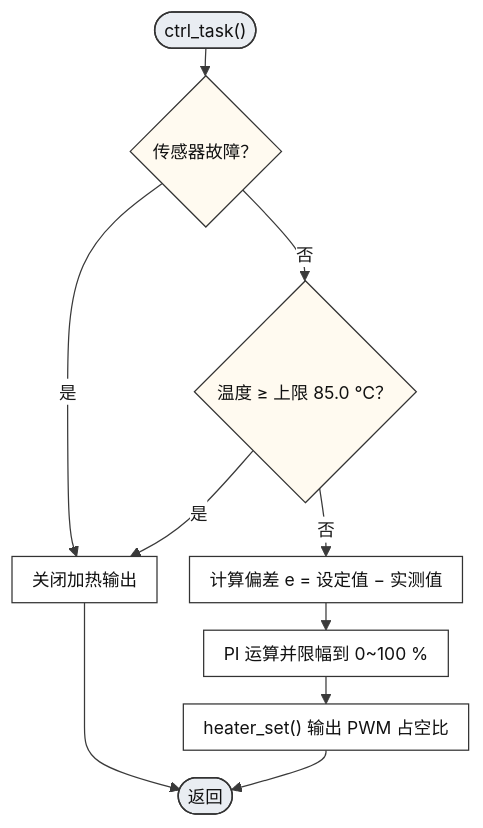
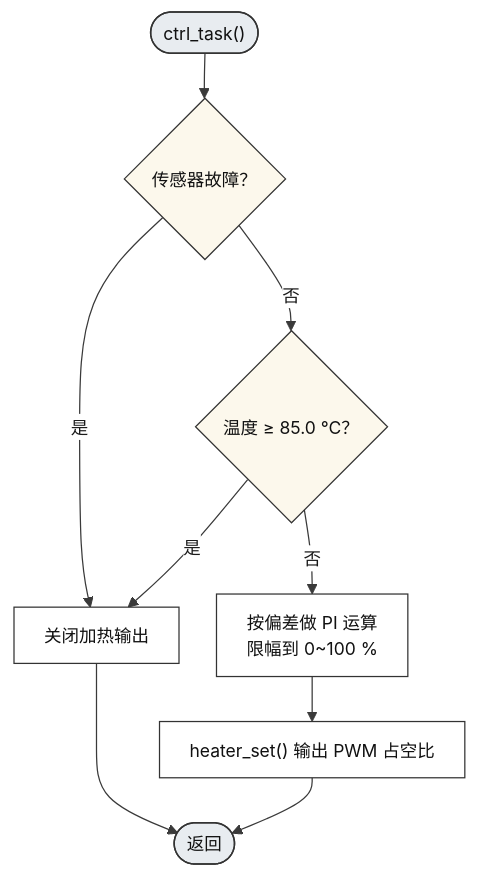
The diagram in assets/example/flowcharts/03_温度控制.mmd (7toCR/code2ruanzhu), drawn with Mermaid before and after one commit. The commit also changed 50 other files, not shown here.

```diff
--- a/assets/example/flowcharts/03_温度控制.mmd
+++ b/assets/example/flowcharts/03_温度控制.mmd
@@ -1,40 +1,39 @@
 ---
 config:
   theme: base
-  fontFamily: "Microsoft YaHei, PingFang SC, Noto Sans CJK SC, sans-serif"
+  fontFamily: "Noto Sans CJK SC, Microsoft YaHei, PingFang SC, sans-serif"
   themeVariables:
     fontSize: 14px
     primaryColor: "#ffffff"
     primaryTextColor: "#1a1a1a"
     primaryBorderColor: "#333333"
     lineColor: "#3a3a3a"
-    clusterBorder: "#9aa3ad"
     edgeLabelBackground: "#ffffff"
   flowchart:
     useMaxWidth: false
     curve: basis
-    nodeSpacing: 26
-    rankSpacing: 22
-    padding: 8
+    nodeSpacing: 30
+    rankSpacing: 36
+    padding: 12
 ---
 %% 图 03 温度控制（主要代码依据：app/control.c 的 ctrl_task()）
 flowchart TB
-  A(["ctrl_task()"]) --> B{"传感器故障？"}
-  B -->|"是"| C["关闭加热输出"]
-  C --> Z(["返回"])
-  B -->|"否"| D{"温度 ≥ 上限 85.0 ℃？"}
-  D -->|"是"| C
-  D -->|"否"| E["计算偏差 e = 设定值 − 实测值"]
-  E --> F["PI 运算并限幅到 0~100 %"]
-  F --> G["heater_set() 输出 PWM 占空比"]
-  G --> Z
-  classDef term fill:#e9edf2,stroke:#333,stroke-width:1.2px,color:#111
+  A(["ctrl_task()"])
+  B{"传感器故障？"}
+  D{"温度 ≥ 85.0 ℃？"}
+  C["关闭加热输出"]
+  E["按偏差做 PI 运算<br/>限幅到 0~100 %"]
+  G["heater_set() 输出 PWM 占空比"]
+  Z(["返回"])
+  A --> B
+  B -->|是| C
+  B -->|否| D
+  D -->|是| C
+  D -->|否| E --> G --> Z
+  C --> Z
+  class A,Z term
+  class C,E,G proc
+  class B,D dec
+  classDef term fill:#e8ecf0,stroke:#333,stroke-width:1.2px,color:#111
   classDef proc fill:#ffffff,stroke:#333,stroke-width:1px,color:#111
-  classDef dec fill:#fffaf0,stroke:#333,stroke-width:1px,color:#111
-  classDef io fill:#eef4fb,stroke:#333,stroke-width:1px,color:#111
-  classDef sub fill:#f4f0fa,stroke:#333,stroke-width:1px,color:#111
-  classDef isr fill:#f4f0fa,stroke:#333,stroke-width:1.2px,color:#111
-  classDef join fill:#ffffff,stroke:#333,stroke-width:1px,color:#111,font-size:12px
-  class A,Z term
-  class C,E,F,G proc
-  class B,D dec
+  classDef dec fill:#fcf8ec,stroke:#333,stroke-width:1px,color:#111
```
